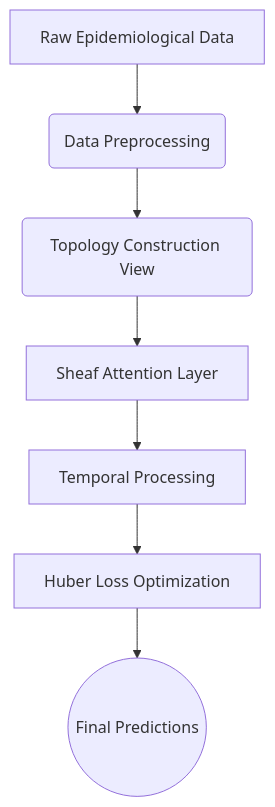
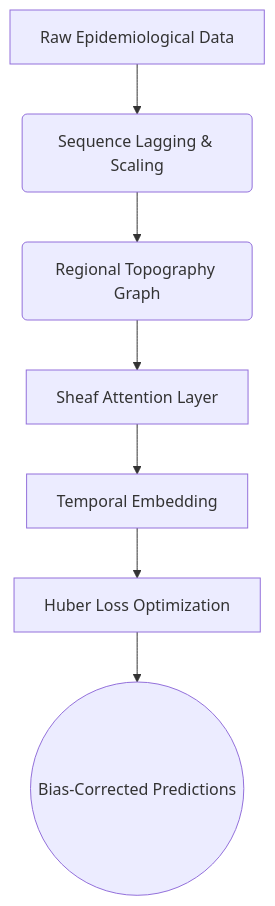
One commit to danielhuynh-04/Sheaf-Attention-Networks-in-forecasting-Dengue-fever-in-Brazil. changed the diagram in README.md. Above: the diagram before and after it, drawn with Mermaid. The commit also changed other lines of this file, not shown here.

Commit message:
docs: vividly describe GNN architecture in README

````diff
--- a/README.md
+++ b/README.md
@@ -34,9 +45,9 @@
 ```mermaid
 graph TD
-    A[Raw Epidemiological Data] --> B(Data Preprocessing)
-    B --> C(Topology Construction View)
+    A[Raw Epidemiological Data] --> B(Sequence Lagging & Scaling)
+    B --> C(Regional Topography Graph)
     C --> D[Sheaf Attention Layer]
-    D --> E[Temporal Processing]
+    D --> E[Temporal Embedding]
     E --> F[Huber Loss Optimization]
-    F --> G((Final Predictions))
+    F --> G((Bias-Corrected Predictions))
 ```
````
